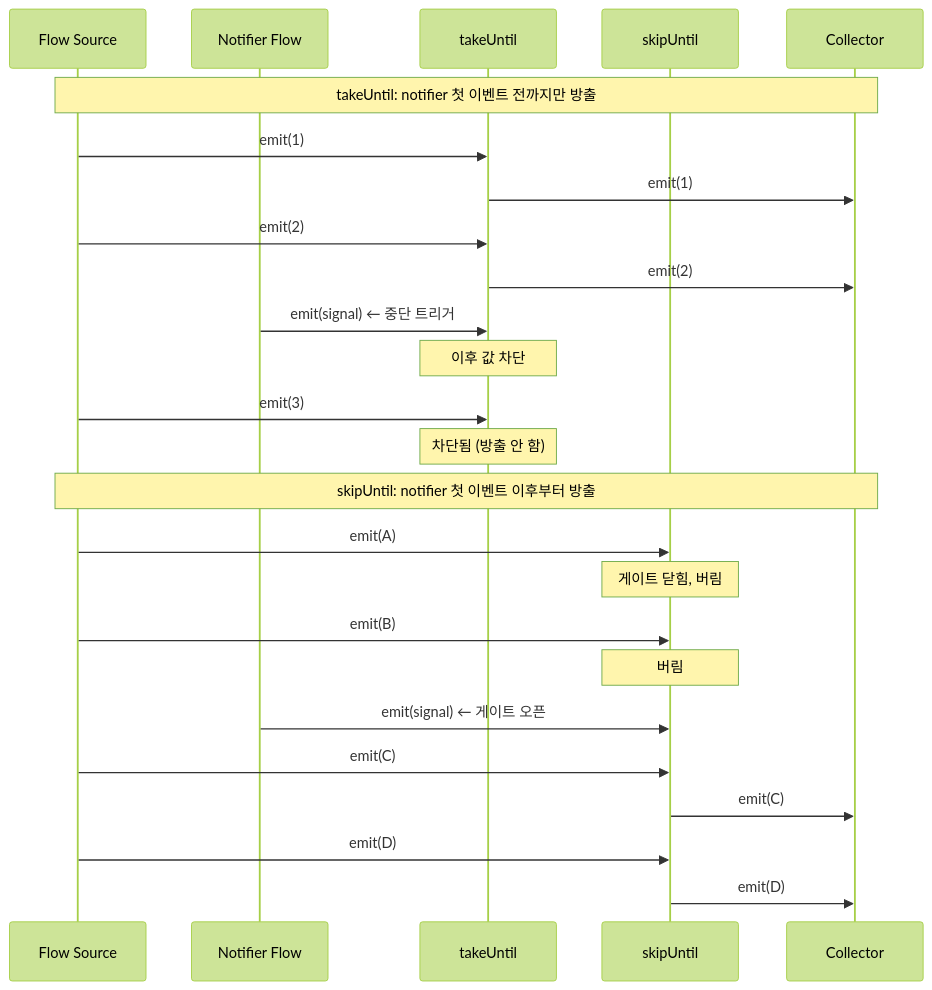
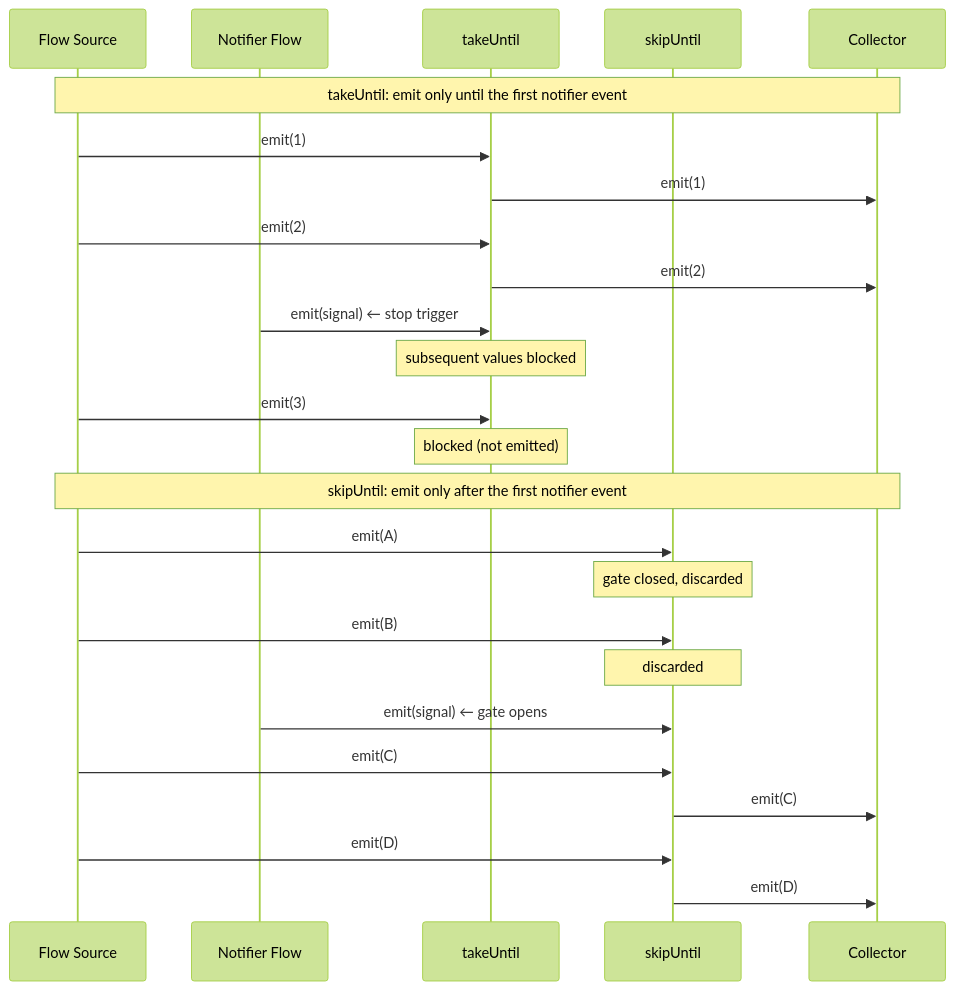
Before and after one commit to bluetape4k/bluetape4k-projects: diagram 11 of 15 in bluetape4k/coroutines/README.md, drawn with Mermaid (forest theme). The commit also changed other lines of this file and 265 other files, not shown here.

````diff
--- a/bluetape4k/coroutines/README.md
+++ b/bluetape4k/coroutines/README.md
@@ -454,27 +456,27 @@
 ```mermaid
 sequenceDiagram
     participant S as Flow Source
     participant N as Notifier Flow
     participant TU as takeUntil
     participant SU as skipUntil
     participant R as Collector
-    Note over S, R: takeUntil: notifier 첫 이벤트 전까지만 방출
+    Note over S, R: takeUntil: emit only until the first notifier event
     S ->> TU: emit(1)
     TU ->> R: emit(1)
     S ->> TU: emit(2)
     TU ->> R: emit(2)
-    N ->> TU: emit(signal) ← 중단 트리거
-    Note over TU: 이후 값 차단
+    N ->> TU: emit(signal) ← stop trigger
+    Note over TU: subsequent values blocked
     S ->> TU: emit(3)
-    Note over TU: 차단됨 (방출 안 함)
-    Note over S, R: skipUntil: notifier 첫 이벤트 이후부터 방출
+    Note over TU: blocked (not emitted)
+    Note over S, R: skipUntil: emit only after the first notifier event
     S ->> SU: emit(A)
-    Note over SU: 게이트 닫힘, 버림
+    Note over SU: gate closed, discarded
     S ->> SU: emit(B)
-    Note over SU: 버림
-    N ->> SU: emit(signal) ← 게이트 오픈
+    Note over SU: discarded
+    N ->> SU: emit(signal) ← gate opens
     S ->> SU: emit(C)
     SU ->> R: emit(C)
     S ->> SU: emit(D)
     SU ->> R: emit(D)
 ```
````
